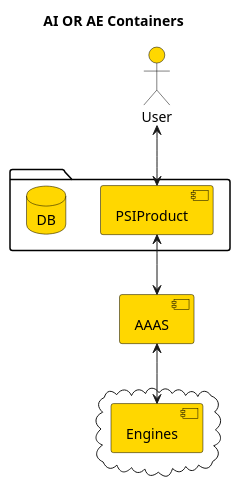
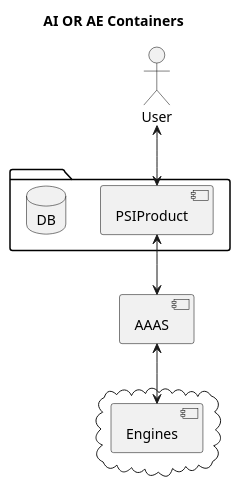
The diagram in doc/4c/2.0 AIORAE containers.plantuml (PSI-Polska/aaas-java6), drawn with PlantUML before and after one commit. The commit also changed 1 other file, not shown here.

Commit message:
doc: Address "Openshift issue"

```diff
--- a/doc/4c/2.0 AIORAE containers.plantuml
+++ b/doc/4c/2.0 AIORAE containers.plantuml
@@ -1,44 +1,41 @@
 @startuml
 skinparam componentStyle uml2
 
 title AI OR AE Containers
 
 actor User
 package {
     component PSIProduct as PSI
     database DB
 }
 component AAAS as 3as
 cloud {
   component Engines as engine
 }
 
 ' Questions:
 ' * where comes the data from?
 ' * how communication is done? sync/async, coupled/decoupled?
 ' * where is the source/binary evaluated by the engine
 '   * how it is defined? on what data? what API - will it be the same as production?
 '   * how it is provided to the engine? statically? dynamically?
+' * what with "openshift issue"?
 
 User <--> PSI
 PSI <--> 3as
 3as <--> engine
 
 
 skinparam actor {
   BorderColor black
-  BackgroundColor gold
   ArrowColor black
 }
 skinparam component {
   BorderColor black
-  BackgroundColor gold
   ArrowColor black
 }
 skinparam database {
   BorderColor black
-  BackgroundColor gold
   ArrowColor black
 }
-
 @enduml
```
